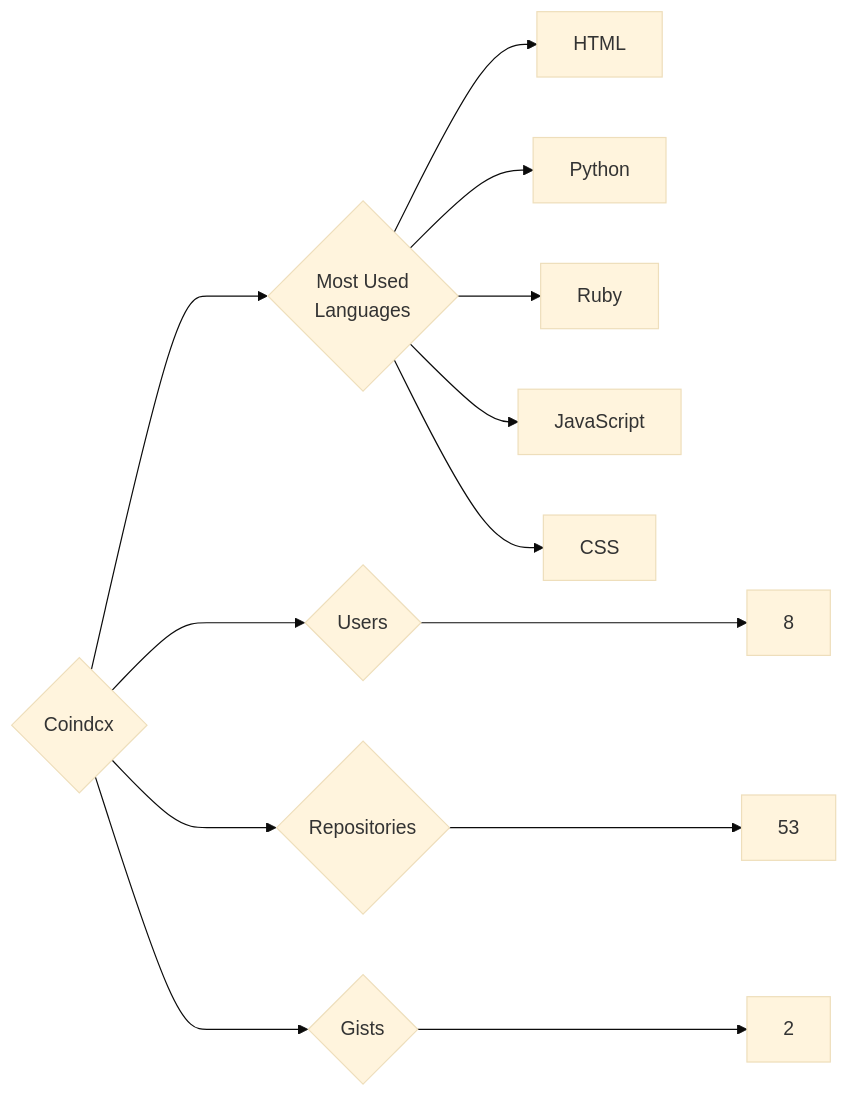
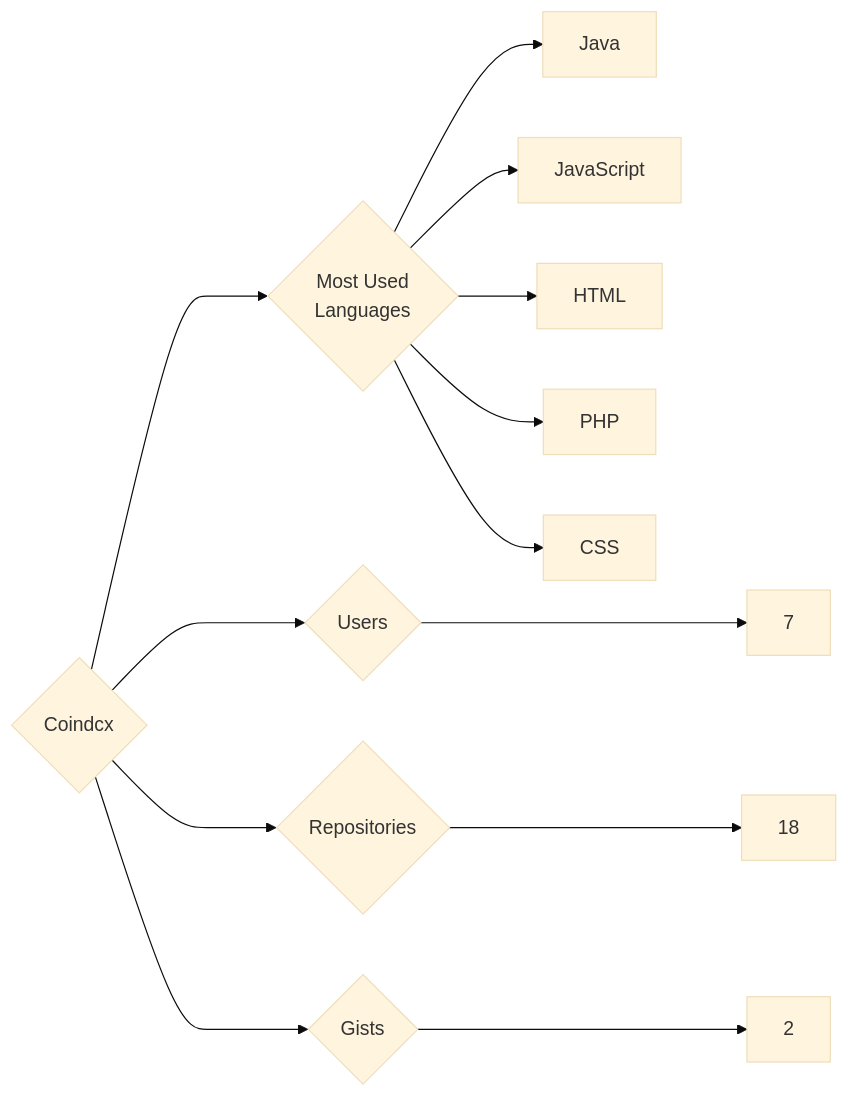
One commit to trickest/insiders changed the diagram in targets/Coindcx/README.md. Above: the diagram before and after it, drawn with Mermaid (base theme). The commit also changed 1089 other files, not shown here.

````diff
--- a/targets/Coindcx/README.md
+++ b/targets/Coindcx/README.md
@@ -3,13 +3,13 @@
 ```mermaid
 graph LR
 COMPANY_NAME{Coindcx}
-COMPANY_NAME ---> U{Users} ---> UN[8]
-COMPANY_NAME ---> R{Repositories} ---> RN[53]
+COMPANY_NAME ---> U{Users} ---> UN[7]
+COMPANY_NAME ---> R{Repositories} ---> RN[18]
 COMPANY_NAME ---> G{Gists} ---> GN[2]
 COMPANY_NAME ---> ML{Most Used<br>Languages}
+ML --> Java[Java]
+ML --> JavaScript[JavaScript]
 ML --> HTML[HTML]
-ML --> Python[Python]
-ML --> Ruby[Ruby]
-ML --> JavaScript[JavaScript]
+ML --> PHP[PHP]
 ML --> CSS[CSS]
 ```
````
